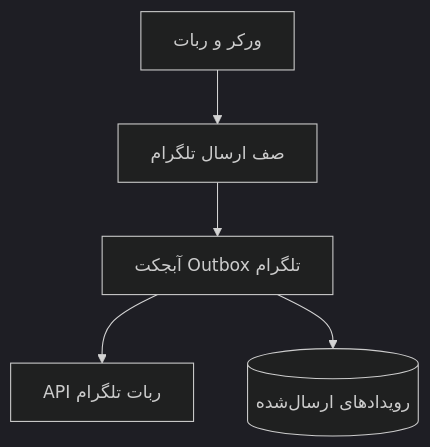
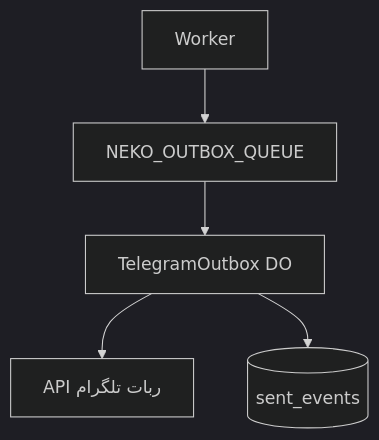
One commit to mohetios/mohetios.dev changed the tenth of 10 diagrams in content/fa/lab/nekonymous-anonymous-messaging-technical-lab.md. Above: the diagram before and after it, drawn with Mermaid (dark theme). The commit also changed other lines of this file and 4 other files, not shown here.

First line of the commit message:
Align Nekonymous lab and blog with V1 architecture and terminology.

````diff
--- a/content/fa/lab/nekonymous-anonymous-messaging-technical-lab.md
+++ b/content/fa/lab/nekonymous-anonymous-messaging-technical-lab.md
@@ -674,7 +581,7 @@
 ```mermaid
 flowchart TD
-  W[ورکر و ربات] --> Q[صف ارسال تلگرام]
-  Q --> O[آبجکت Outbox تلگرام]
+  W[Worker] --> Q[NEKO_OUTBOX_QUEUE]
+  Q --> O[TelegramOutbox DO]
   O --> T[API ربات تلگرام]
-  O --> S[(رویدادهای ارسال‌شده)]
+  O --> S[(sent_events)]
 ```
````
